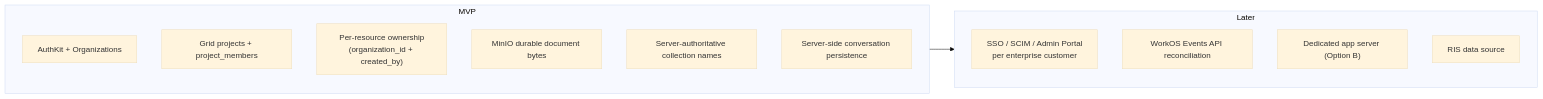
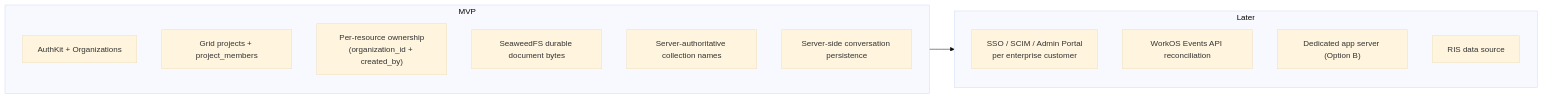
Before and after one commit to GRID-check/grid-oib-agent: diagram 15 of 15 in docs/architecture/multitenancy-and-auth-spec.md, drawn with Mermaid (base theme). The commit also changed other lines of this file and 60 other files, not shown here.

First line of the commit message:
Migrate object storage from MinIO to SeaweedFS

````diff
--- a/docs/architecture/multitenancy-and-auth-spec.md
+++ b/docs/architecture/multitenancy-and-auth-spec.md
@@ -781,18 +781,18 @@
 ```mermaid
 flowchart LR
     subgraph MVP["MVP"]
         A1["AuthKit + Organizations"]
         A2["Grid projects + project_members"]
         A3["Per-resource ownership<br/>(organization_id + created_by)"]
-        A4["MinIO durable document bytes"]
+        A4["SeaweedFS durable document bytes"]
         A5["Server-authoritative collection names"]
         A6["Server-side conversation persistence"]
     end
     subgraph Later["Later"]
         B1["SSO / SCIM / Admin Portal<br/>per enterprise customer"]
         B2["WorkOS Events API reconciliation"]
         B3["Dedicated app server (Option B)"]
         B4["RIS data source"]
     end
     MVP --> Later
 ```
````
